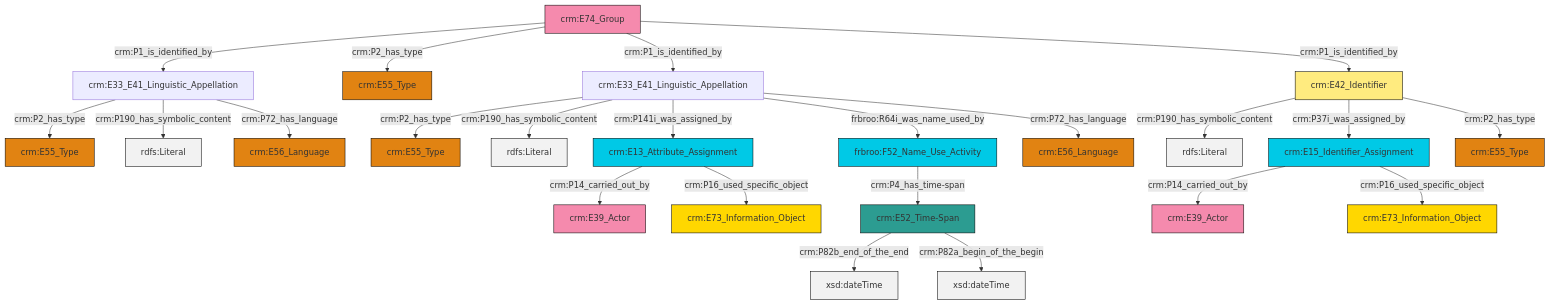
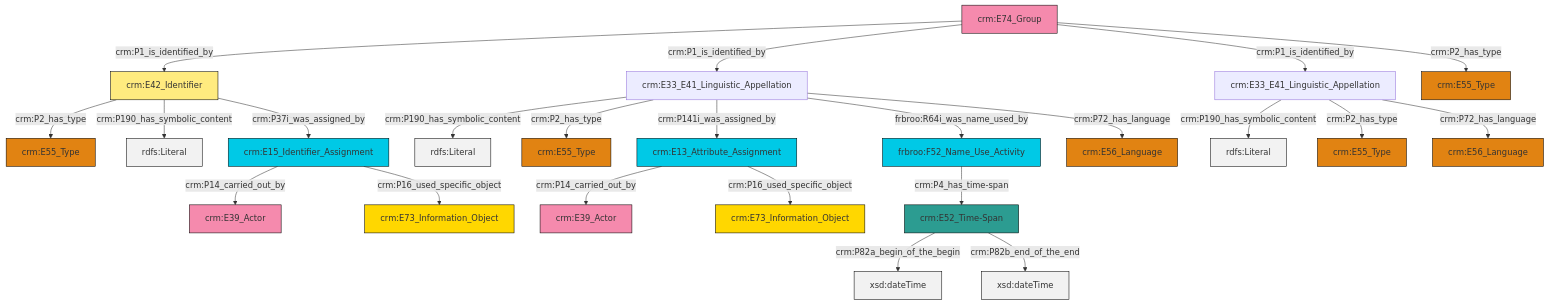
The diagram in et/groupCSV/ttl/mmd/group_name.ttl.mmd (swiss-art-research-net/reference-data-models), drawn with Mermaid before and after one commit. The commit also changed 123 other files, not shown here.

```diff
--- a/et/groupCSV/ttl/mmd/group_name.ttl.mmd
+++ b/et/groupCSV/ttl/mmd/group_name.ttl.mmd
@@ -1,37 +1,37 @@
 graph TD
 classDef Literal fill:#f2f2f2,stroke:#000000;
 classDef CRM_Entity fill:#FFFFFF,stroke:#000000;
 classDef Temporal_Entity fill:#00C9E6, stroke:#000000;
 classDef Type fill:#E18312, stroke:#000000;
 classDef Time-Span fill:#2C9C91, stroke:#000000;
 classDef Appellation fill:#FFEB7F, stroke:#000000;
 classDef Place fill:#008836, stroke:#000000;
 classDef Persistent_Item fill:#B266B2, stroke:#000000;
 classDef Conceptual_Object fill:#FFD700, stroke:#000000;
 classDef Physical_Thing fill:#D2B48C, stroke:#000000;
 classDef Actor fill:#f58aad, stroke:#000000;
 classDef PC_Classes fill:#4ce600, stroke:#000000;
 classDef Multi fill:#cccccc,stroke:#000000;
 
-0["crm:E33_E41_Linguistic_Appellation"]:::Default -->|crm:P2_has_type| 1["crm:E55_Type"]:::Type
-4["crm:E13_Attribute_Assignment"]:::Temporal_Entity -->|crm:P14_carried_out_by| 5["crm:E39_Actor"]:::Actor
-0["crm:E33_E41_Linguistic_Appellation"]:::Default -->|crm:P190_has_symbolic_content| 6[rdfs:Literal]:::Literal
-7["crm:E74_Group"]:::Actor -->|crm:P1_is_identified_by| 8["crm:E33_E41_Linguistic_Appellation"]:::Default
-0["crm:E33_E41_Linguistic_Appellation"]:::Default -->|crm:P141i_was_assigned_by| 4["crm:E13_Attribute_Assignment"]:::Temporal_Entity
-8["crm:E33_E41_Linguistic_Appellation"]:::Default -->|crm:P2_has_type| 13["crm:E55_Type"]:::Type
-15["crm:E52_Time-Span"]:::Time-Span -->|crm:P82b_end_of_the_end| 16[xsd:dateTime]:::Literal
-4["crm:E13_Attribute_Assignment"]:::Temporal_Entity -->|crm:P16_used_specific_object| 21["crm:E73_Information_Object"]:::Conceptual_Object
-8["crm:E33_E41_Linguistic_Appellation"]:::Default -->|crm:P190_has_symbolic_content| 22[rdfs:Literal]:::Literal
-24["crm:E42_Identifier"]:::Appellation -->|crm:P190_has_symbolic_content| 25[rdfs:Literal]:::Literal
-2["crm:E15_Identifier_Assignment"]:::Temporal_Entity -->|crm:P14_carried_out_by| 26["crm:E39_Actor"]:::Actor
-7["crm:E74_Group"]:::Actor -->|crm:P2_has_type| 27["crm:E55_Type"]:::Type
-2["crm:E15_Identifier_Assignment"]:::Temporal_Entity -->|crm:P16_used_specific_object| 31["crm:E73_Information_Object"]:::Conceptual_Object
-7["crm:E74_Group"]:::Actor -->|crm:P1_is_identified_by| 0["crm:E33_E41_Linguistic_Appellation"]:::Default
-8["crm:E33_E41_Linguistic_Appellation"]:::Default -->|crm:P72_has_language| 34["crm:E56_Language"]:::Type
-18["frbroo:F52_Name_Use_Activity"]:::Temporal_Entity -->|crm:P4_has_time-span| 15["crm:E52_Time-Span"]:::Time-Span
-24["crm:E42_Identifier"]:::Appellation -->|crm:P37i_was_assigned_by| 2["crm:E15_Identifier_Assignment"]:::Temporal_Entity
-24["crm:E42_Identifier"]:::Appellation -->|crm:P2_has_type| 10["crm:E55_Type"]:::Type
-15["crm:E52_Time-Span"]:::Time-Span -->|crm:P82a_begin_of_the_begin| 37[xsd:dateTime]:::Literal
-7["crm:E74_Group"]:::Actor -->|crm:P1_is_identified_by| 24["crm:E42_Identifier"]:::Appellation
-0["crm:E33_E41_Linguistic_Appellation"]:::Default -->|frbroo:R64i_was_name_used_by| 18["frbroo:F52_Name_Use_Activity"]:::Temporal_Entity
-0["crm:E33_E41_Linguistic_Appellation"]:::Default -->|crm:P72_has_language| 29["crm:E56_Language"]:::Type
+4["frbroo:F52_Name_Use_Activity"]:::Temporal_Entity -->|crm:P4_has_time-span| 5["crm:E52_Time-Span"]:::Time-Span
+0["crm:E13_Attribute_Assignment"]:::Temporal_Entity -->|crm:P14_carried_out_by| 8["crm:E39_Actor"]:::Actor
+11["crm:E74_Group"]:::Actor -->|crm:P1_is_identified_by| 12["crm:E42_Identifier"]:::Appellation
+13["crm:E33_E41_Linguistic_Appellation"]:::Default -->|crm:P190_has_symbolic_content| 14[rdfs:Literal]:::Literal
+11["crm:E74_Group"]:::Actor -->|crm:P1_is_identified_by| 13["crm:E33_E41_Linguistic_Appellation"]:::Default
+15["crm:E33_E41_Linguistic_Appellation"]:::Default -->|crm:P190_has_symbolic_content| 16[rdfs:Literal]:::Literal
+15["crm:E33_E41_Linguistic_Appellation"]:::Default -->|crm:P2_has_type| 6["crm:E55_Type"]:::Type
+0["crm:E13_Attribute_Assignment"]:::Temporal_Entity -->|crm:P16_used_specific_object| 17["crm:E73_Information_Object"]:::Conceptual_Object
+12["crm:E42_Identifier"]:::Appellation -->|crm:P2_has_type| 18["crm:E55_Type"]:::Type
+11["crm:E74_Group"]:::Actor -->|crm:P1_is_identified_by| 15["crm:E33_E41_Linguistic_Appellation"]:::Default
+11["crm:E74_Group"]:::Actor -->|crm:P2_has_type| 21["crm:E55_Type"]:::Type
+22["crm:E15_Identifier_Assignment"]:::Temporal_Entity -->|crm:P14_carried_out_by| 19["crm:E39_Actor"]:::Actor
+12["crm:E42_Identifier"]:::Appellation -->|crm:P190_has_symbolic_content| 26[rdfs:Literal]:::Literal
+13["crm:E33_E41_Linguistic_Appellation"]:::Default -->|crm:P2_has_type| 9["crm:E55_Type"]:::Type
+13["crm:E33_E41_Linguistic_Appellation"]:::Default -->|crm:P141i_was_assigned_by| 0["crm:E13_Attribute_Assignment"]:::Temporal_Entity
+13["crm:E33_E41_Linguistic_Appellation"]:::Default -->|frbroo:R64i_was_name_used_by| 4["frbroo:F52_Name_Use_Activity"]:::Temporal_Entity
+22["crm:E15_Identifier_Assignment"]:::Temporal_Entity -->|crm:P16_used_specific_object| 2["crm:E73_Information_Object"]:::Conceptual_Object
+12["crm:E42_Identifier"]:::Appellation -->|crm:P37i_was_assigned_by| 22["crm:E15_Identifier_Assignment"]:::Temporal_Entity
+15["crm:E33_E41_Linguistic_Appellation"]:::Default -->|crm:P72_has_language| 28["crm:E56_Language"]:::Type
+13["crm:E33_E41_Linguistic_Appellation"]:::Default -->|crm:P72_has_language| 34["crm:E56_Language"]:::Type
+5["crm:E52_Time-Span"]:::Time-Span -->|crm:P82a_begin_of_the_begin| 36[xsd:dateTime]:::Literal
+5["crm:E52_Time-Span"]:::Time-Span -->|crm:P82b_end_of_the_end| 40[xsd:dateTime]:::Literal
```
